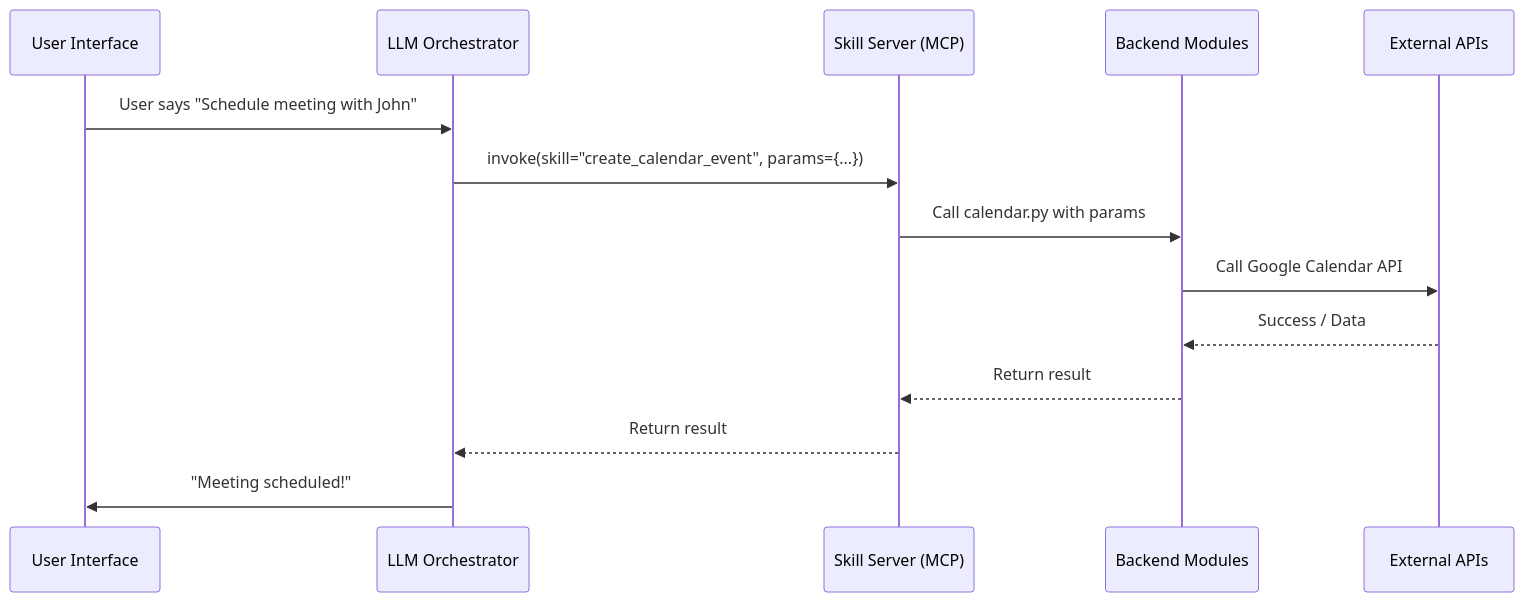
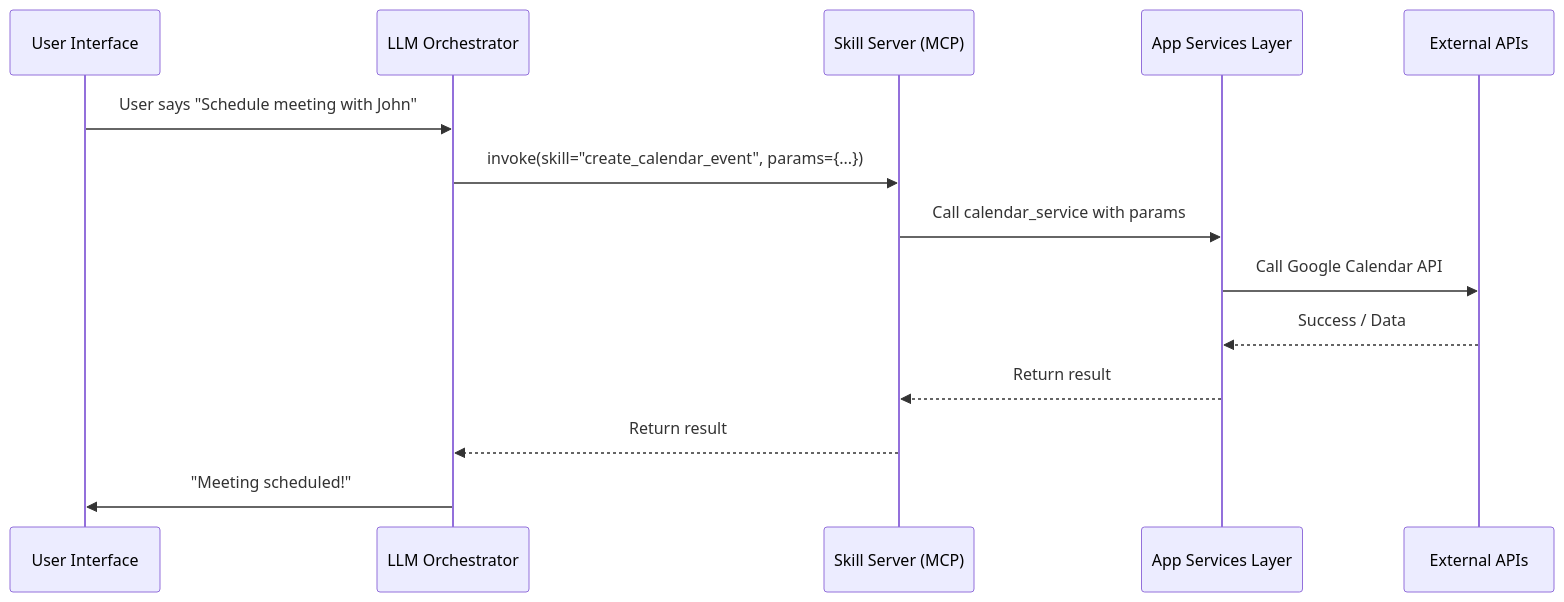
The second of 2 diagrams in ReadMe.md (ZihaoFU245/It-s-Friday-), drawn with Mermaid before and after one commit. The commit also changed other lines of this file and 2 other files, not shown here.

Commit message:
change name to friday , fix the flow chart

````diff
--- a/ReadMe.md
+++ b/ReadMe.md
@@ -40,17 +46,17 @@
 ```mermaid
 sequenceDiagram
     participant UI as User Interface
     participant LLM as LLM Orchestrator
     participant MCP as Skill Server (MCP)
-    participant Backend as Backend Modules
+    participant Backend as App Services Layer
     participant API as External APIs
 
     UI->>LLM: User says "Schedule meeting with John"
     LLM->>MCP: invoke(skill="create_calendar_event", params={...})
-    MCP->>Backend: Call calendar.py with params
+    MCP->>Backend: Call calendar_service with params
     Backend->>API: Call Google Calendar API
     API-->>Backend: Success / Data
     Backend-->>MCP: Return result
     MCP-->>LLM: Return result
     LLM->>UI: "Meeting scheduled!"
 ```
````
